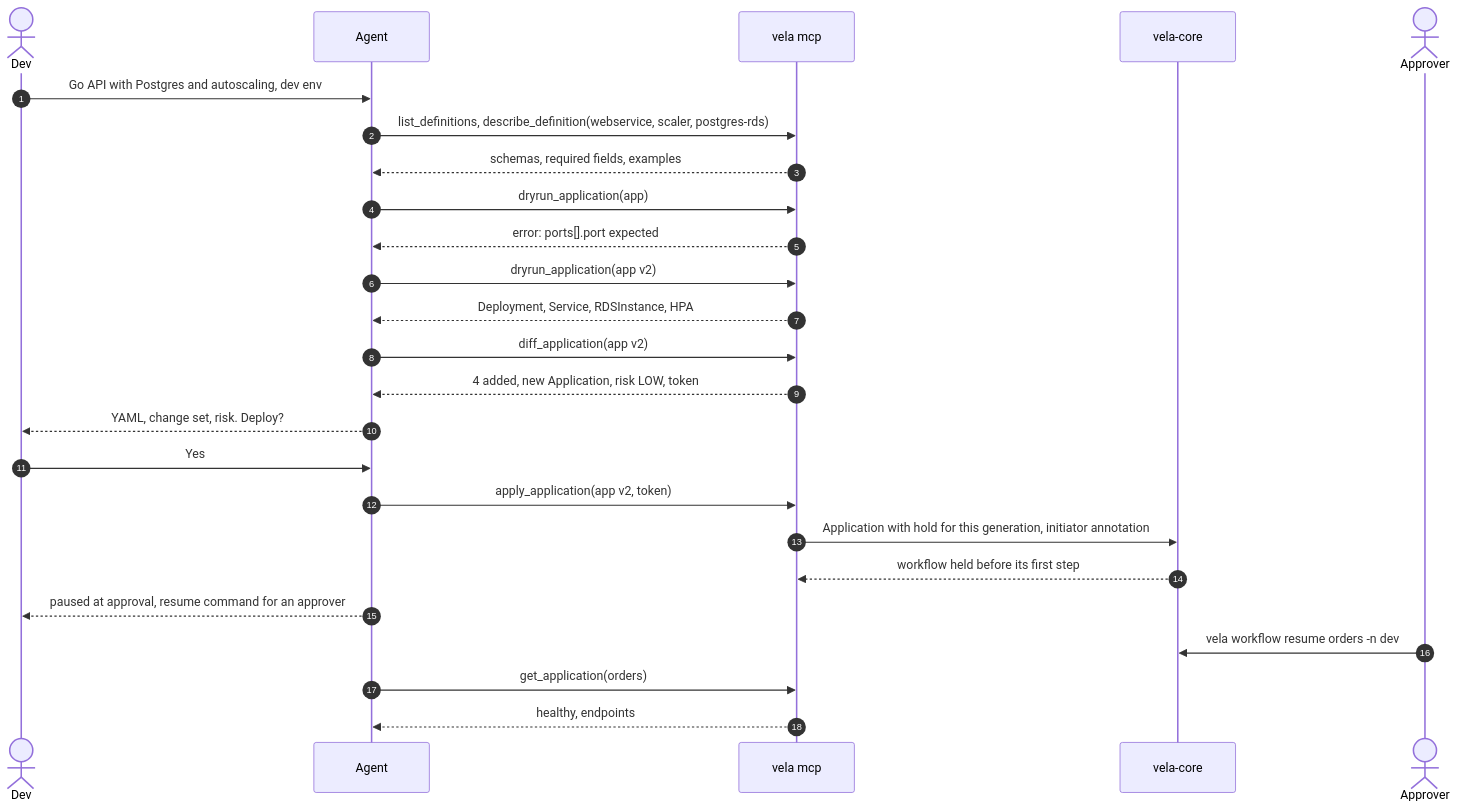
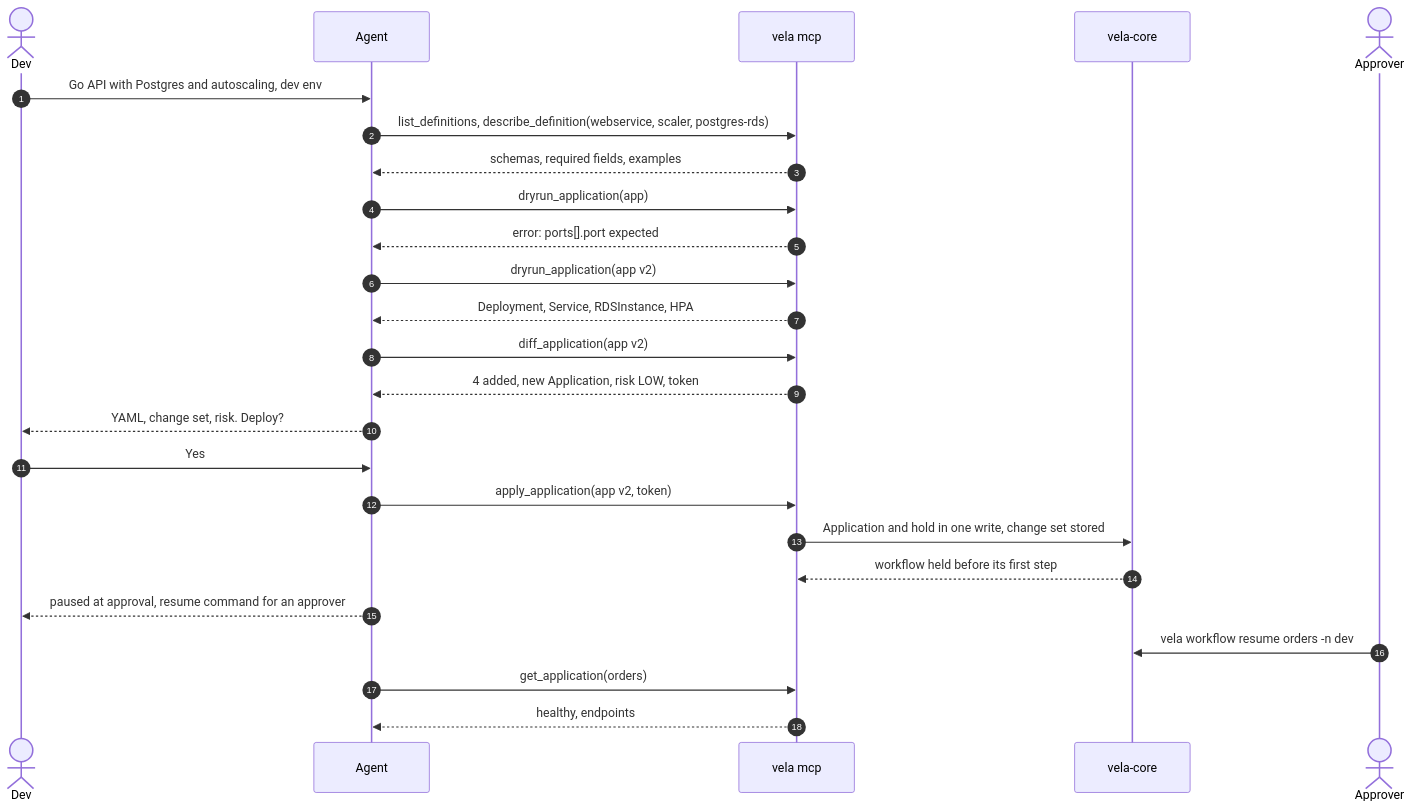
The second of 2 diagrams in design/vela-cli/kep-vela-mcp.md (kubevela/kubevela), drawn with Mermaid before and after one commit. The commit also changed other lines of this file, not shown here.

````diff
--- a/design/vela-cli/kep-vela-mcp.md
+++ b/design/vela-cli/kep-vela-mcp.md
@@ -452,27 +478,27 @@
 ```mermaid
 sequenceDiagram
     autonumber
     actor Dev
     participant Agent
     participant MCP as vela mcp
     participant K as vela-core
     actor Approver
     Dev->>Agent: Go API with Postgres and autoscaling, dev env
     Agent->>MCP: list_definitions, describe_definition(webservice, scaler, postgres-rds)
     MCP-->>Agent: schemas, required fields, examples
     Agent->>MCP: dryrun_application(app)
     MCP-->>Agent: error: ports[].port expected
     Agent->>MCP: dryrun_application(app v2)
     MCP-->>Agent: Deployment, Service, RDSInstance, HPA
     Agent->>MCP: diff_application(app v2)
     MCP-->>Agent: 4 added, new Application, risk LOW, token
     Agent-->>Dev: YAML, change set, risk. Deploy?
     Dev->>Agent: Yes
     Agent->>MCP: apply_application(app v2, token)
-    MCP->>K: Application with hold for this generation, initiator annotation
+    MCP->>K: Application and hold in one write, change set stored
     K-->>MCP: workflow held before its first step
     Agent-->>Dev: paused at approval, resume command for an approver
     Approver->>K: vela workflow resume orders -n dev
     Agent->>MCP: get_application(orders)
     MCP-->>Agent: healthy, endpoints
 ```
````
